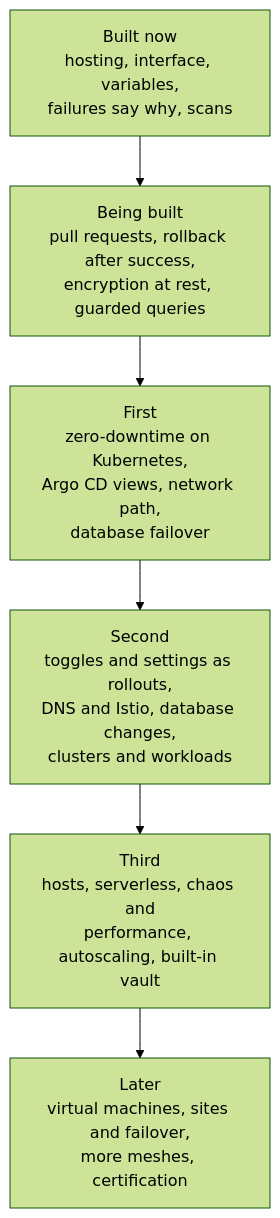
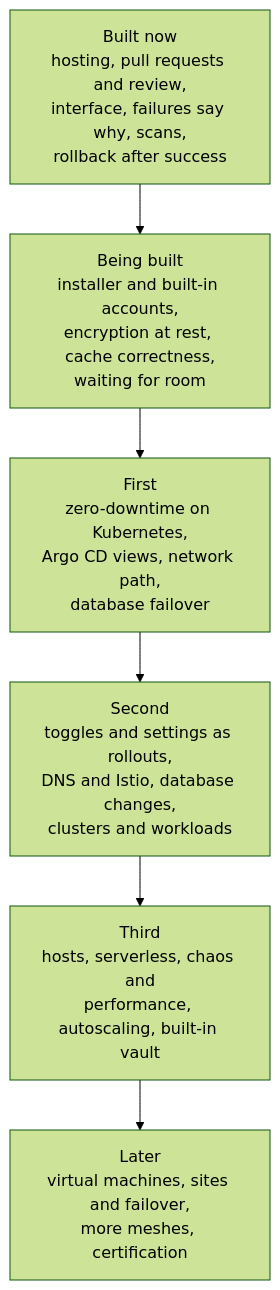
One commit to JK-Magic-Creations/launchway changed the first of 2 diagrams in docs/roadmap/build-order.md. Above: the diagram before and after it, drawn with Mermaid (forest theme). The commit also changed other lines of this file and 21 other files, not shown here.

Commit message:
Roadmap: designs 54 to 59, installer, hosted Bases and vendor console, statuses corrected; seven new area pages; four new principles

````diff
--- a/docs/roadmap/build-order.md
+++ b/docs/roadmap/build-order.md
@@ -9,10 +9,10 @@
 ```mermaid
 flowchart TD
-  Now["Built now<br/>hosting, interface, variables,<br/>failures say why, scans"]
-  Building["Being built<br/>pull requests, rollback after success,<br/>encryption at rest, guarded queries"]
+  Now["Built now<br/>hosting, pull requests and review,<br/>interface, failures say why, scans,<br/>rollback after success"]
+  Building["Being built<br/>installer and built-in accounts,<br/>encryption at rest, cache correctness,<br/>waiting for room"]
   First["First<br/>zero-downtime on Kubernetes,<br/>Argo CD views, network path,<br/>database failover"]
   Second["Second<br/>toggles and settings as rollouts,<br/>DNS and Istio, database changes,<br/>clusters and workloads"]
   Third["Third<br/>hosts, serverless, chaos and<br/>performance, autoscaling, built-in vault"]
   Later["Later<br/>virtual machines, sites and failover,<br/>more meshes, certification"]
   Now --> Building --> First --> Second --> Third --> Later
 ```
````
